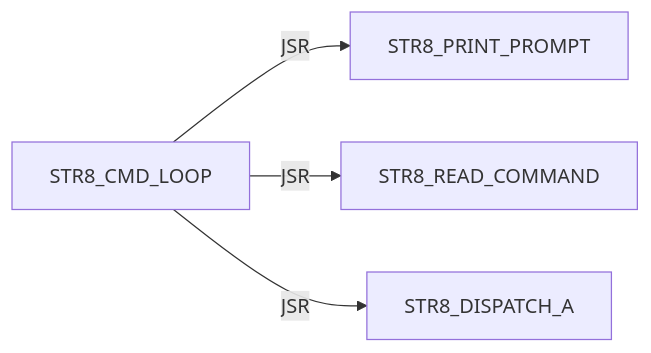
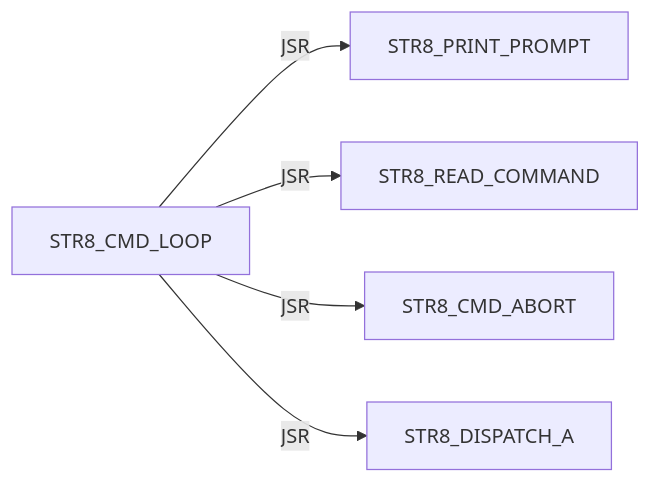
Diagram 40 of 45 in DOC/GUIDES/STR8/STR8_EDGE_DUMP.md (95westus/R-YORS), drawn with Mermaid before and after one commit. The commit also changed other lines of this file and 42 other files, not shown here.

````diff
--- a/DOC/GUIDES/STR8/STR8_EDGE_DUMP.md
+++ b/DOC/GUIDES/STR8/STR8_EDGE_DUMP.md
@@ -462,6 +463,7 @@
 ```mermaid
 flowchart LR
     N0["STR8_CMD_LOOP"] -->|JSR| N1["STR8_PRINT_PROMPT"]
     N0["STR8_CMD_LOOP"] -->|JSR| N2["STR8_READ_COMMAND"]
-    N0["STR8_CMD_LOOP"] -->|JSR| N3["STR8_DISPATCH_A"]
+    N0["STR8_CMD_LOOP"] -->|JSR| N3["STR8_CMD_ABORT"]
+    N0["STR8_CMD_LOOP"] -->|JSR| N4["STR8_DISPATCH_A"]
 ```
````
